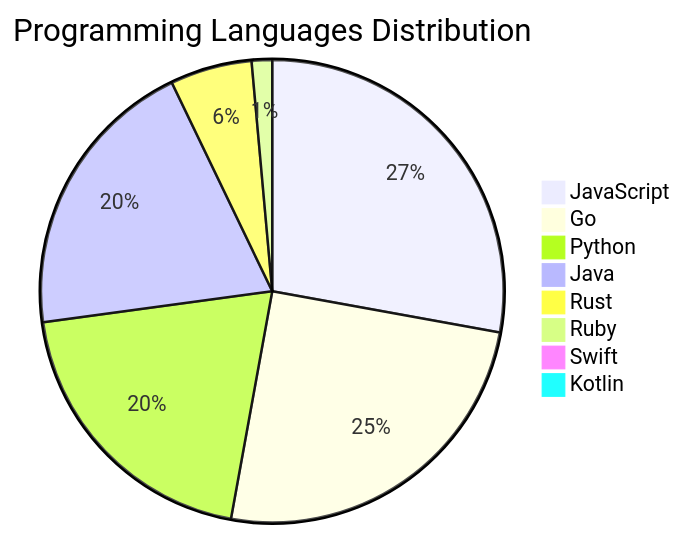
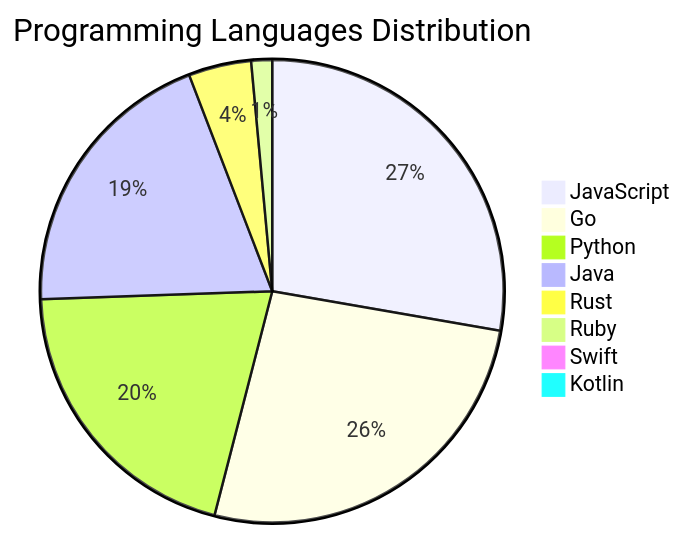
Before and after one commit to Derrick-MUGISHA/github-activity-bot: the diagram in README.md, drawn with Mermaid. The commit also changed other lines of this file and 4 other files, not shown here.

````diff
--- a/README.md
+++ b/README.md
@@ -209,11 +209,11 @@
 ```mermaid
 pie title Programming Languages Distribution
-    "JavaScript" : 39
-    "Go" : 35
+    "JavaScript" : 38
+    "Go" : 36
     "Python" : 28
-    "Java" : 28
-    "Rust" : 8
+    "Java" : 27
+    "Rust" : 6
     "Ruby" : 2
     "Swift" : 1
     "Kotlin" : 1
 ```
````
